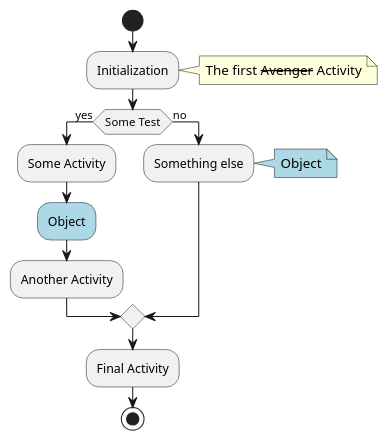
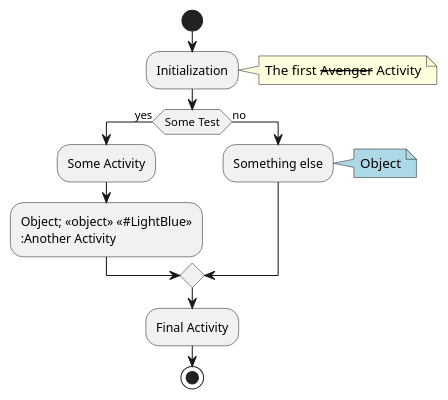
One commit to tigion/htwd-se-lab-git-docs-collab changed the diagram in src/plantuml/example_activity-diagram.puml. Above: the diagram before and after it, drawn with PlantUML. The commit also changed 11 other files, not shown here.

Commit message:
feat(05): update content and add more diagrams

```diff
--- a/src/plantuml/example_activity-diagram.puml
+++ b/src/plantuml/example_activity-diagram.puml
@@ -1,19 +1,19 @@
 @startuml example-activity-diagram
 start
 
 :Initialization;
 note right: The first <del>Avenger</del> Activity
 
 if (Some Test) then (yes)
   :Some Activity;
-  #LightBlue:Object; /'idea: activity as object flow'/
+  :Object; <<object>> <<#LightBlue>> /'object flow'/
   :Another Activity;
 else (no)
   :Something else;
   note right #LightBlue: Object /'idea: note as object'/
 endif
 
 :Final Activity;
 
 stop
 @enduml
```
